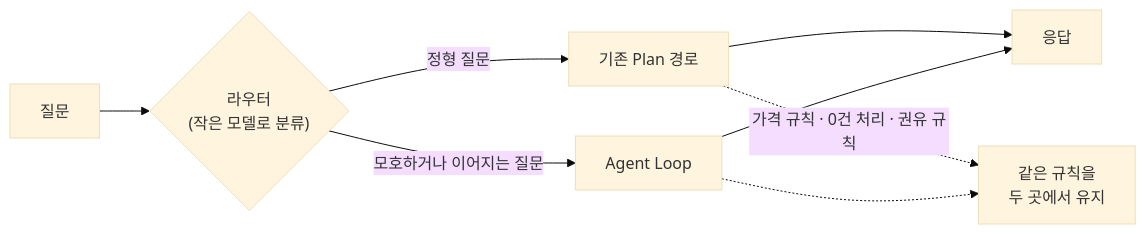
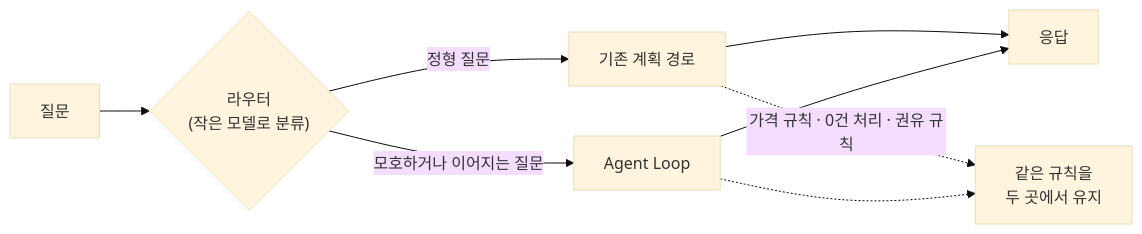
Before and after one commit to 12OneTwo12/12OneTwo12.github.io: the first of 6 diagrams in content/blog/architecture/real-estate-integrated-agent.ko.md, drawn with Mermaid (base theme). The commit also changed other lines of this file and 1 other file, not shown here.

````diff
--- a/content/blog/architecture/real-estate-integrated-agent.ko.md
+++ b/content/blog/architecture/real-estate-integrated-agent.ko.md
@@ -65,10 +65,10 @@
 ```mermaid
 flowchart LR
     Q["질문"] --> R{"라우터<br/>(작은 모델로 분류)"}
-    R -->|정형 질문| P["기존 Plan 경로"]
+    R -->|정형 질문| P["기존 계획 경로"]
     R -->|모호하거나 이어지는 질문| L["Agent Loop"]
     P --> A["응답"]
     L --> A
     P -.->|가격 규칙 · 0건 처리 · 권유 규칙| X["같은 규칙을<br/>두 곳에서 유지"]
     L -.-> X
 ```
````
